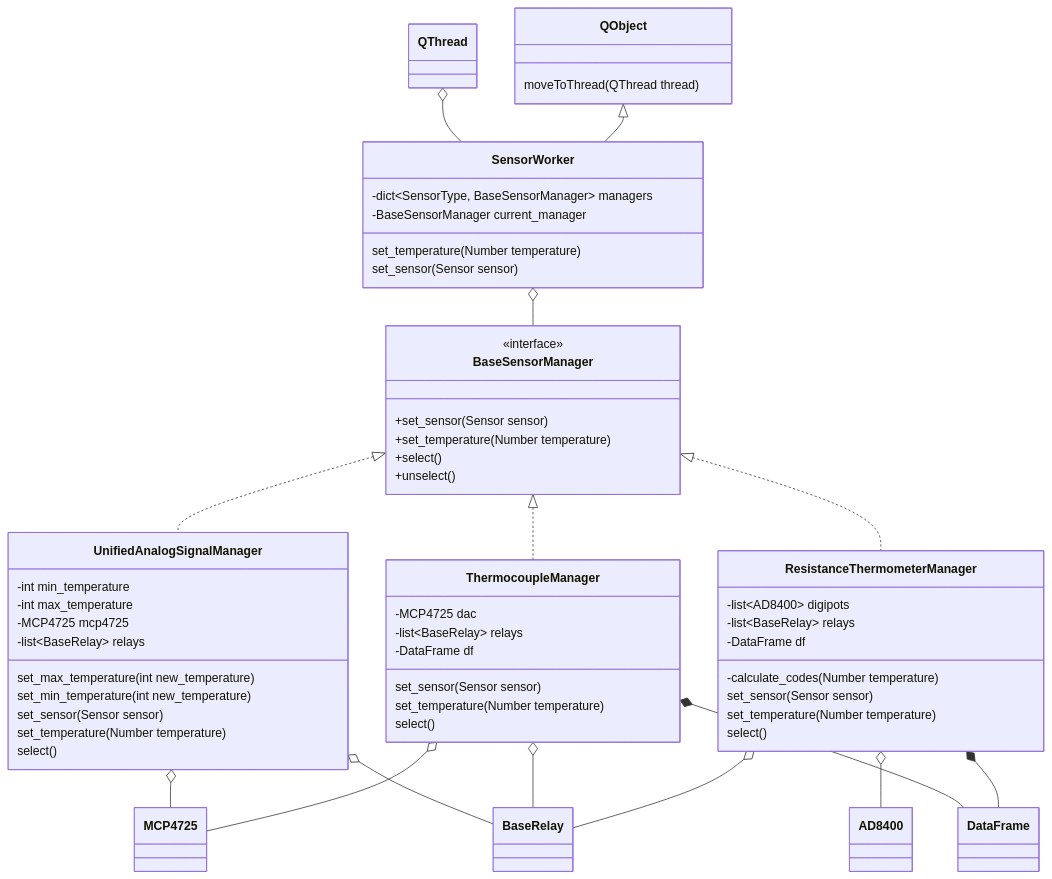
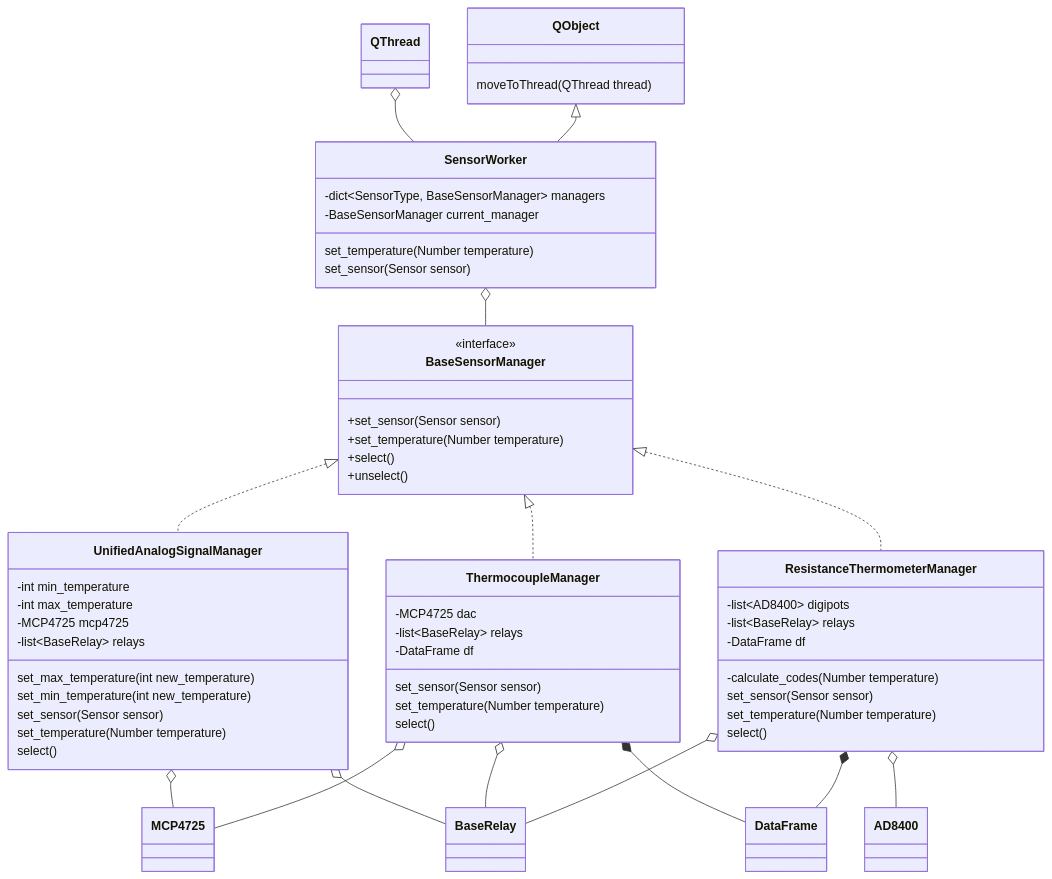
One commit to Marik28/dissertation changed the third of 7 diagrams in data/diagrams/диаграмма классов.md. Above: the diagram before and after it, drawn with Mermaid. The commit also changed other lines of this file and 12 other files, not shown here.

````diff
--- a/data/diagrams/диаграмма классов.md
+++ b/data/diagrams/диаграмма классов.md
@@ -130,67 +148,67 @@
 ```mermaid
 classDiagram
 
     class SensorWorker {
         -dict~SensorType, BaseSensorManager~ managers 
         -BaseSensorManager current_manager 
         set_temperature(Number temperature)
         set_sensor(Sensor sensor)
     }
     
     class QObject {
         moveToThread(QThread thread)
     }
     
     class BaseSensorManager {
         <<interface>>
         +set_sensor(Sensor sensor)
         +set_temperature(Number temperature)
         +select()
         +unselect()   
     }
     
     class UnifiedAnalogSignalManager {
         -int min_temperature 
         -int max_temperature
         -MCP4725 mcp4725 
         -list~BaseRelay~ relays
         set_max_temperature(int new_temperature)
         set_min_temperature(int new_temperature)
         set_sensor(Sensor sensor)
         set_temperature(Number temperature)
         select()
     }
     
     class ResistanceThermometerManager {
         -list~AD8400~ digipots
         -list~BaseRelay~ relays
         -DataFrame df
         -calculate_codes(Number temperature)
         set_sensor(Sensor sensor)
         set_temperature(Number temperature)
         select()
     }
     class ThermocoupleManager {
         -MCP4725 dac
         -list~BaseRelay~ relays
         -DataFrame df
         set_sensor(Sensor sensor)
         set_temperature(Number temperature)
         select()
     }
   
     QObject <|-- SensorWorker
     QThread o-- SensorWorker
     SensorWorker o-- BaseSensorManager
     BaseSensorManager <|.. UnifiedAnalogSignalManager
     BaseSensorManager <|.. ResistanceThermometerManager
     BaseSensorManager <|.. ThermocoupleManager
     ResistanceThermometerManager o-- BaseRelay
-    ResistanceThermometerManager o-- AD8400
     ResistanceThermometerManager *-- DataFrame
+    ThermocoupleManager *-- DataFrame
     ThermocoupleManager o-- MCP4725
     ThermocoupleManager o-- BaseRelay
-    ThermocoupleManager *-- DataFrame
     UnifiedAnalogSignalManager o-- MCP4725
     UnifiedAnalogSignalManager o-- BaseRelay
+    ResistanceThermometerManager o-- AD8400
 ```
````
